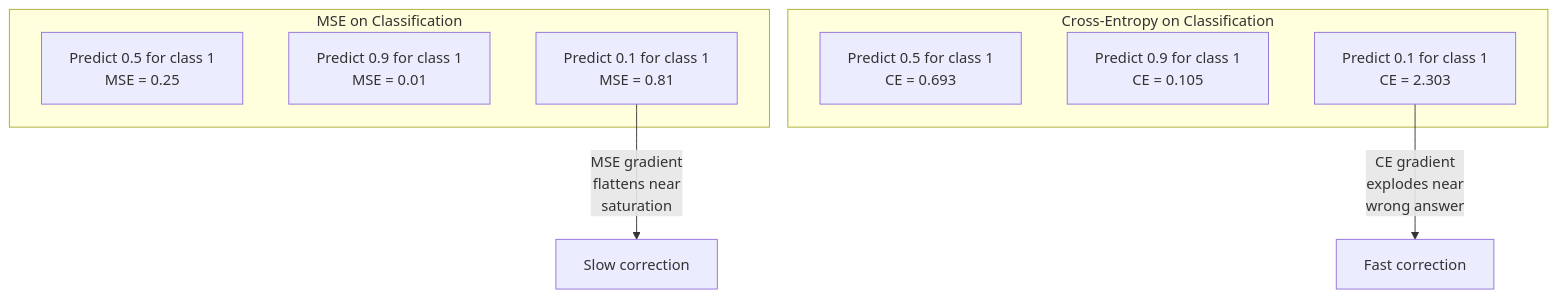
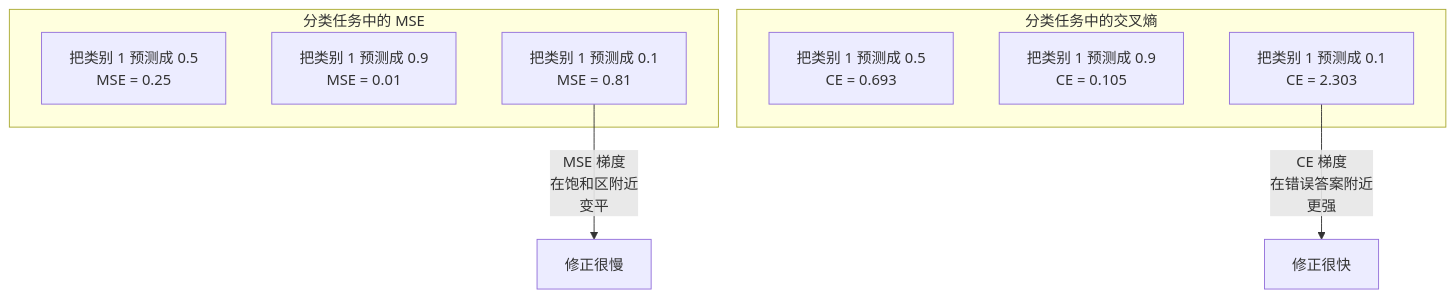
The first of 3 diagrams in phases/03-deep-learning-core/05-loss-functions/docs/zh.md (omigaZen/ai-engineering-from-scratch), drawn with Mermaid before and after one commit.

Commit message:
feat(phase-03/05): refine zh loss functions wording

````diff
--- a/phases/03-deep-learning-core/05-loss-functions/docs/zh.md
+++ b/phases/03-deep-learning-core/05-loss-functions/docs/zh.md
@@ -81,15 +81,15 @@
 ```mermaid
 graph TD
-    subgraph "MSE on Classification"
-        P1["Predict 0.5 for class 1<br/>MSE = 0.25"]
-        P2["Predict 0.9 for class 1<br/>MSE = 0.01"]
-        P3["Predict 0.1 for class 1<br/>MSE = 0.81"]
+    subgraph "分类任务中的 MSE"
+        P1["把类别 1 预测成 0.5<br/>MSE = 0.25"]
+        P2["把类别 1 预测成 0.9<br/>MSE = 0.01"]
+        P3["把类别 1 预测成 0.1<br/>MSE = 0.81"]
     end
-    subgraph "Cross-Entropy on Classification"
-        C1["Predict 0.5 for class 1<br/>CE = 0.693"]
-        C2["Predict 0.9 for class 1<br/>CE = 0.105"]
-        C3["Predict 0.1 for class 1<br/>CE = 2.303"]
+    subgraph "分类任务中的交叉熵"
+        C1["把类别 1 预测成 0.5<br/>CE = 0.693"]
+        C2["把类别 1 预测成 0.9<br/>CE = 0.105"]
+        C3["把类别 1 预测成 0.1<br/>CE = 2.303"]
     end
-    P3 -->|"MSE gradient<br/>flattens near<br/>saturation"| Slow["Slow correction"]
-    C3 -->|"CE gradient<br/>explodes near<br/>wrong answer"| Fast["Fast correction"]
+    P3 -->|"MSE 梯度<br/>在饱和区附近<br/>变平"| Slow["修正很慢"]
+    C3 -->|"CE 梯度<br/>在错误答案附近<br/>更强"| Fast["修正很快"]
 ```
````
